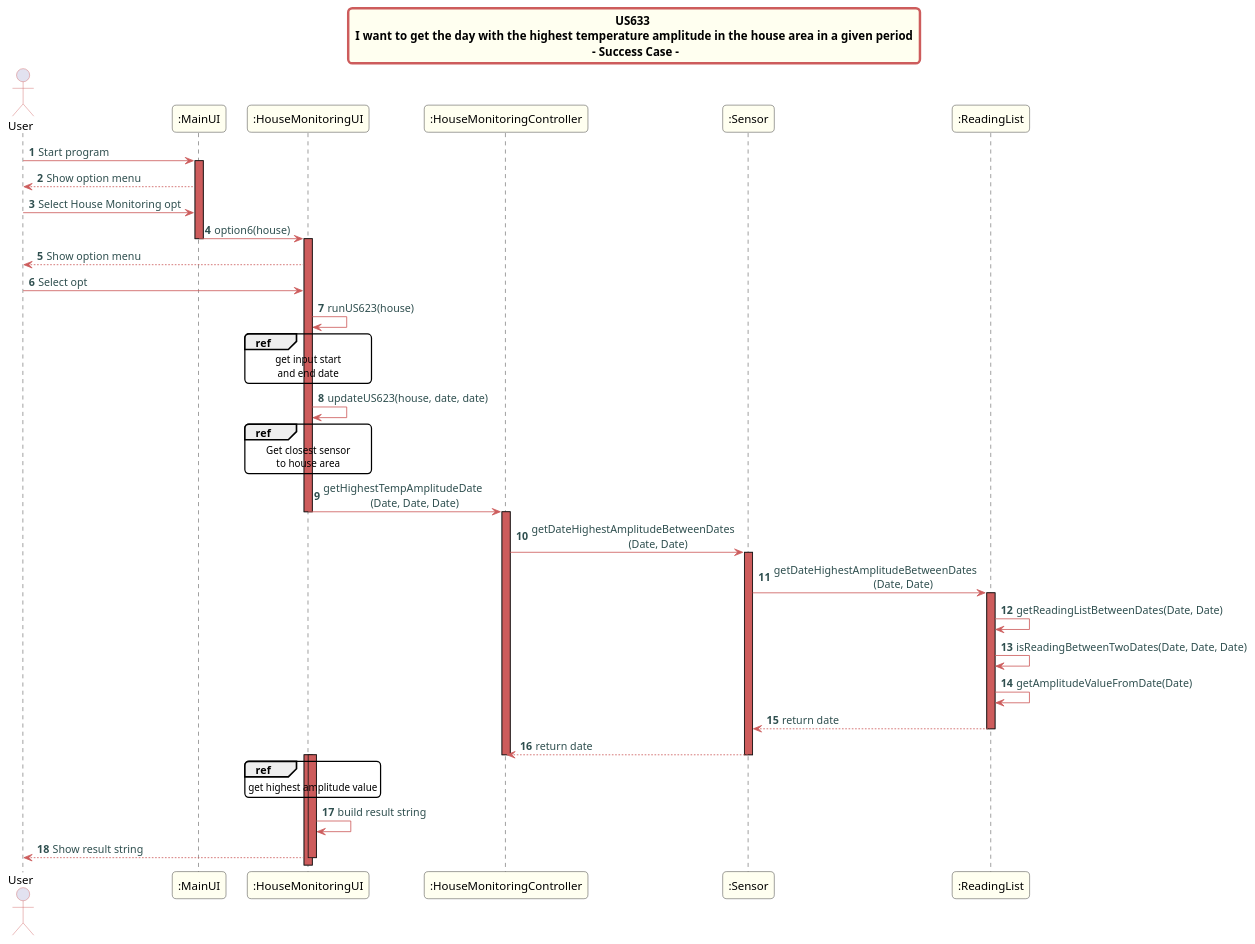
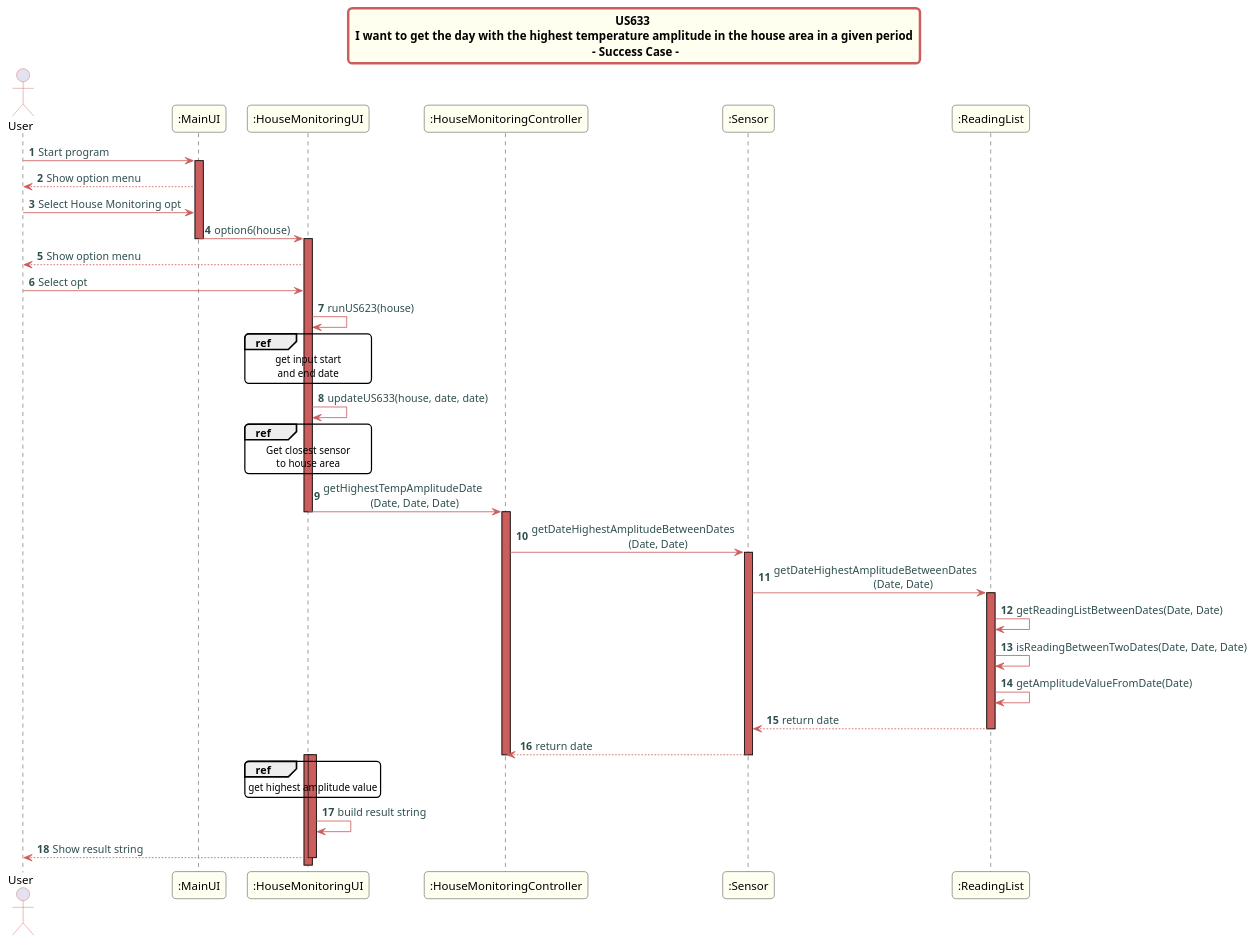
The diagram in src/doc/Controllers/HouseMonitoring/US633/US633_sd_HouseMonitoring.puml (Almadanmp/project), drawn with PlantUML before and after one commit.

Commit message:
REF #161 updates class diagram

```diff
--- a/src/doc/Controllers/HouseMonitoring/US633/US633_sd_HouseMonitoring.puml
+++ b/src/doc/Controllers/HouseMonitoring/US633/US633_sd_HouseMonitoring.puml
@@ -1,90 +1,90 @@
 @startuml
 skinparam titleBorderRoundCorner 10
 skinparam titleBorderThickness 3
 skinparam titleBorderColor indianred
 skinparam titleBackgroundColor ivory
 skinparam FontName quicksand
 
 skinparam actor {
   BorderColor indianred
   }
 
 skinparam sequence {
   LifeLineBackgroundColor indianred
   ParticipantBackgroundColor ivory
 }
 
 skinparam roundcorner 10
 
 skinparam component {
   arrowThickness 1
   ArrowFontName Verdana
   ArrowColor indianred
   ArrowFontColor darkslategrey
 }
 
 title US633 \n I want to get the day with the highest temperature amplitude in the house area in a given period \n - Success Case -
 
 autonumber
 
 actor User
 
 User -> ":MainUI": Start program
 activate ":MainUI"
 
 ":MainUI" --> User: Show option menu
 User-> ":MainUI": Select House Monitoring opt
 ":MainUI" -> ":HouseMonitoringUI": option6(house)
 deactivate ":MainUI"
 activate ":HouseMonitoringUI"
 ":HouseMonitoringUI" --> User: Show option menu
 User -> ":HouseMonitoringUI": Select opt
 ":HouseMonitoringUI" -> ":HouseMonitoringUI": runUS623(house)
 
 ref over ":HouseMonitoringUI"
 get input start
 and end date
 end ref
 
-":HouseMonitoringUI" -> ":HouseMonitoringUI": updateUS623(house, date, date)
+":HouseMonitoringUI" -> ":HouseMonitoringUI": updateUS633(house, date, date)
 ref over ":HouseMonitoringUI"
 Get closest sensor
 to house area
 end ref
 
 ":HouseMonitoringUI" -> ":HouseMonitoringController": getHighestTempAmplitudeDate\n                 (Date, Date, Date)
 deactivate ":HouseMonitoringUI"
 activate ":HouseMonitoringController"
 ":HouseMonitoringController" -> ":Sensor": getDateHighestAmplitudeBetweenDates\n                                   (Date, Date)
 
 activate ":Sensor"
 
 ":Sensor" -> ":ReadingList": getDateHighestAmplitudeBetweenDates\n                                    (Date, Date)
 activate ":ReadingList"
 
 ":ReadingList"->":ReadingList": getReadingListBetweenDates(Date, Date)
 ":ReadingList"->":ReadingList": isReadingBetweenTwoDates(Date, Date, Date)
 ":ReadingList"->":ReadingList": getAmplitudeValueFromDate(Date)
 ":ReadingList" --> ":Sensor": return date
 deactivate ":ReadingList"
 ":Sensor" --> ":HouseMonitoringController": return date
 deactivate ":Sensor"
 deactivate ":HouseMonitoringController"
 activate ":HouseMonitoringUI"
 
 ref over ":HouseMonitoringUI"
 get highest amplitude value
 end ref
 
 deactivate ":HouseMonitoringController"
 activate ":HouseMonitoringUI"
 
 ":HouseMonitoringUI" -> ":HouseMonitoringUI": build result string
 
 ":HouseMonitoringUI" --> User: Show result string
 deactivate ":HouseMonitoringUI"
 
 deactivate ":MainUI"
 
 
 @enduml
```
